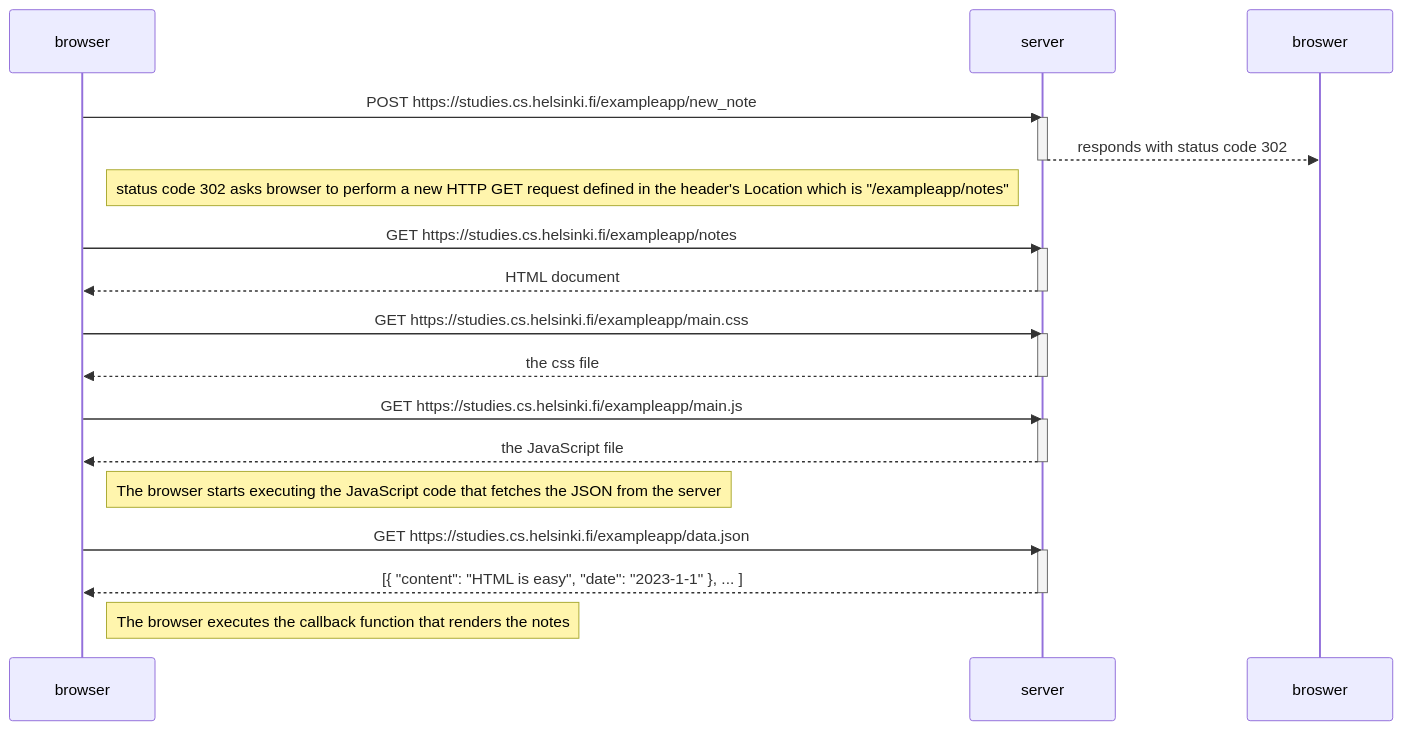
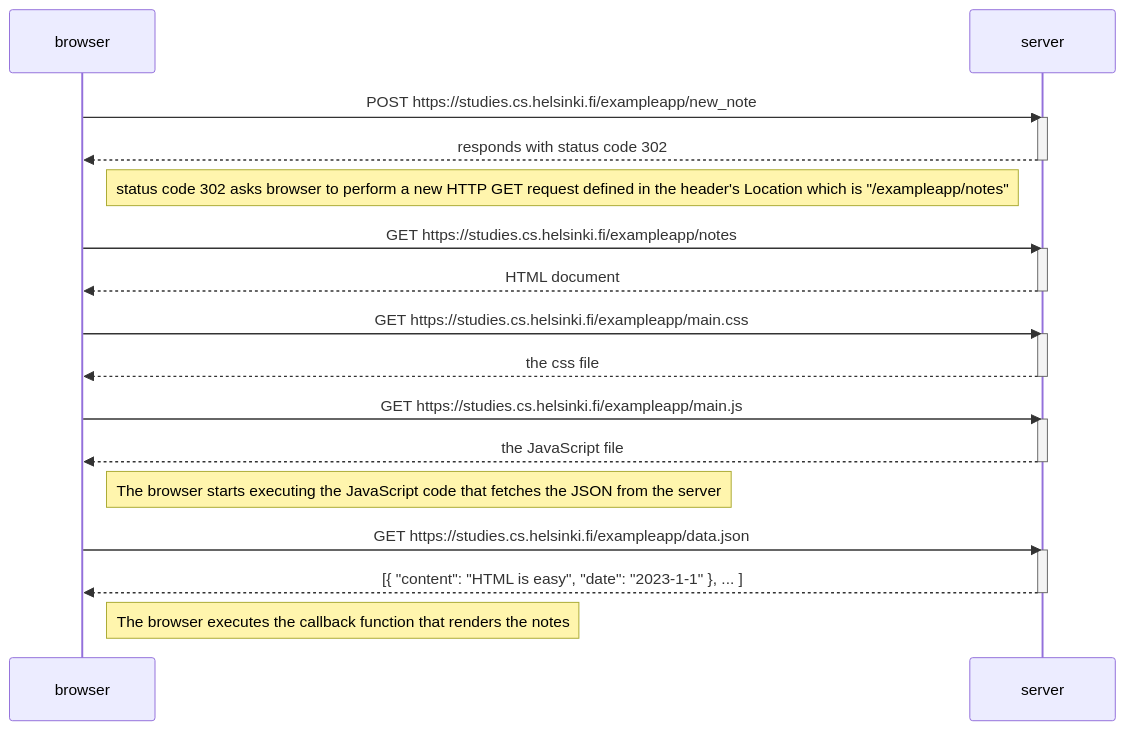
One commit to jvitor79/full-stack-open changed the diagram in part0/0.4/diagram.md. Above: the diagram before and after it, drawn with Mermaid. The commit also changed 2 other files, not shown here.

Commit message:
Typing fixes

````diff
--- a/part0/0.4/diagram.md
+++ b/part0/0.4/diagram.md
@@ -1,36 +1,36 @@
 ```mermaid
 sequenceDiagram
     participant browser
     participant server
 
     browser->>server: POST https://studies.cs.helsinki.fi/exampleapp/new_note
     activate server
-    server-->>broswer: responds with status code 302
+    server-->>browser: responds with status code 302
     deactivate server
 
     Note right of browser: status code 302 asks browser to perform a new HTTP GET request defined in the header's Location which is "/exampleapp/notes"
 
     browser->>server: GET https://studies.cs.helsinki.fi/exampleapp/notes
     activate server
     server-->>browser: HTML document
     deactivate server
 
     browser->>server: GET https://studies.cs.helsinki.fi/exampleapp/main.css
     activate server
     server-->>browser: the css file
     deactivate server
 
     browser->>server: GET https://studies.cs.helsinki.fi/exampleapp/main.js
     activate server
     server-->>browser: the JavaScript file
     deactivate server
 
     Note right of browser: The browser starts executing the JavaScript code that fetches the JSON from the server
 
     browser->>server: GET https://studies.cs.helsinki.fi/exampleapp/data.json
     activate server
     server-->>browser: [{ "content": "HTML is easy", "date": "2023-1-1" }, ... ]
     deactivate server
 
     Note right of browser: The browser executes the callback function that renders the notes 
 ```
````
